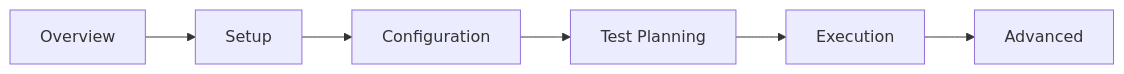
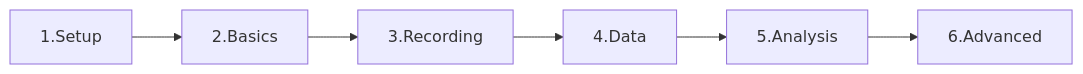
Before and after one commit to jeonck/jmeter-onboard: the second of 3 diagrams in content/introduction.md, drawn with Mermaid. The commit also changed other lines of this file, not shown here.

Commit message:
Update introduction with detailed learning roadmap and content structure

````diff
--- a/content/introduction.md
+++ b/content/introduction.md
@@ -9,8 +36,8 @@
 ```mermaid
 flowchart LR
-    A[Overview] --> B[Setup]
-    B --> C[Configuration]
-    C --> D[Test Planning]
-    D --> E[Execution]
-    E --> F[Advanced]
+    A[1.Setup] --> B[2.Basics]
+    B --> C[3.Recording]
+    C --> D[4.Data]
+    D --> E[5.Analysis]
+    E --> F[6.Advanced]
 ```
````
